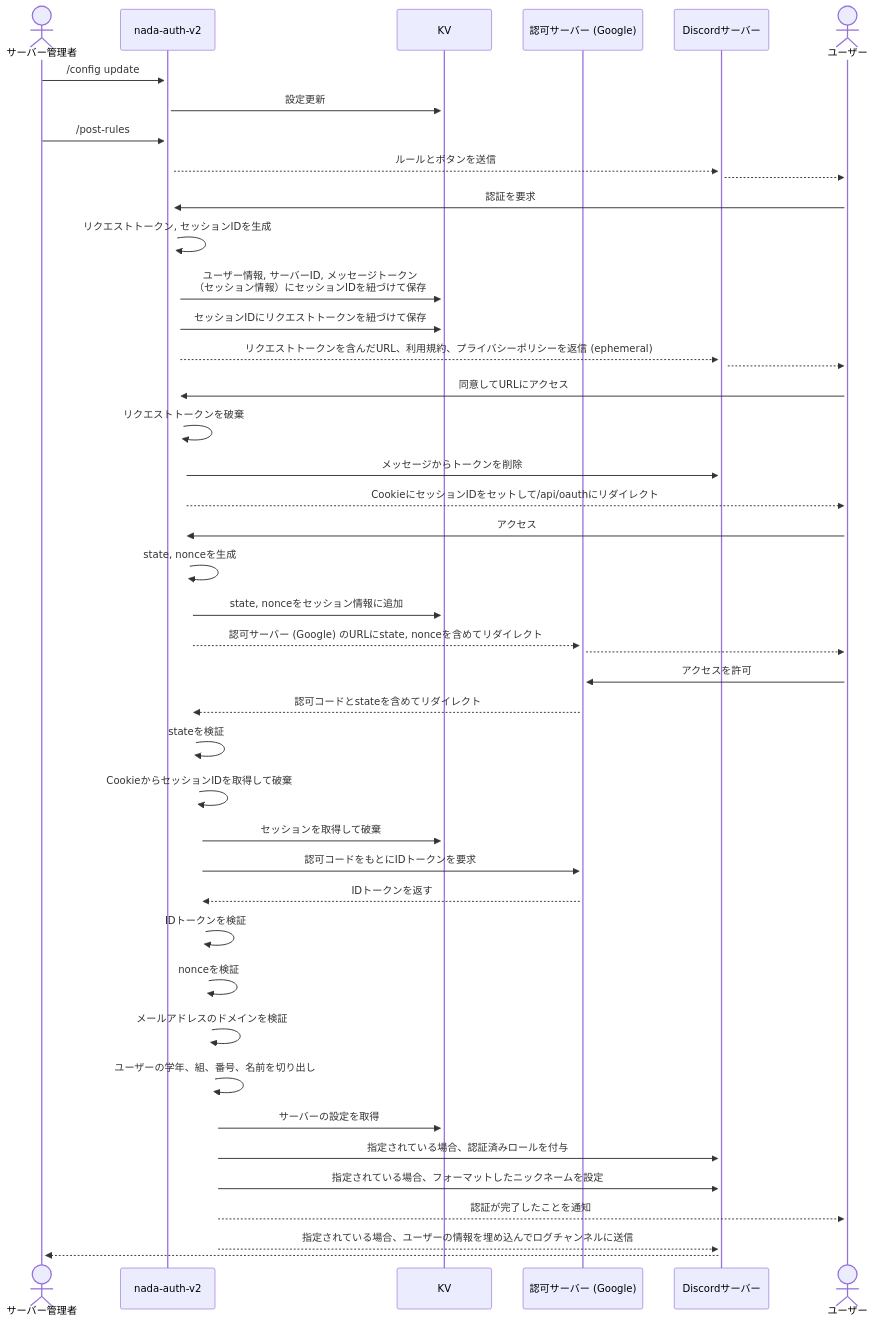
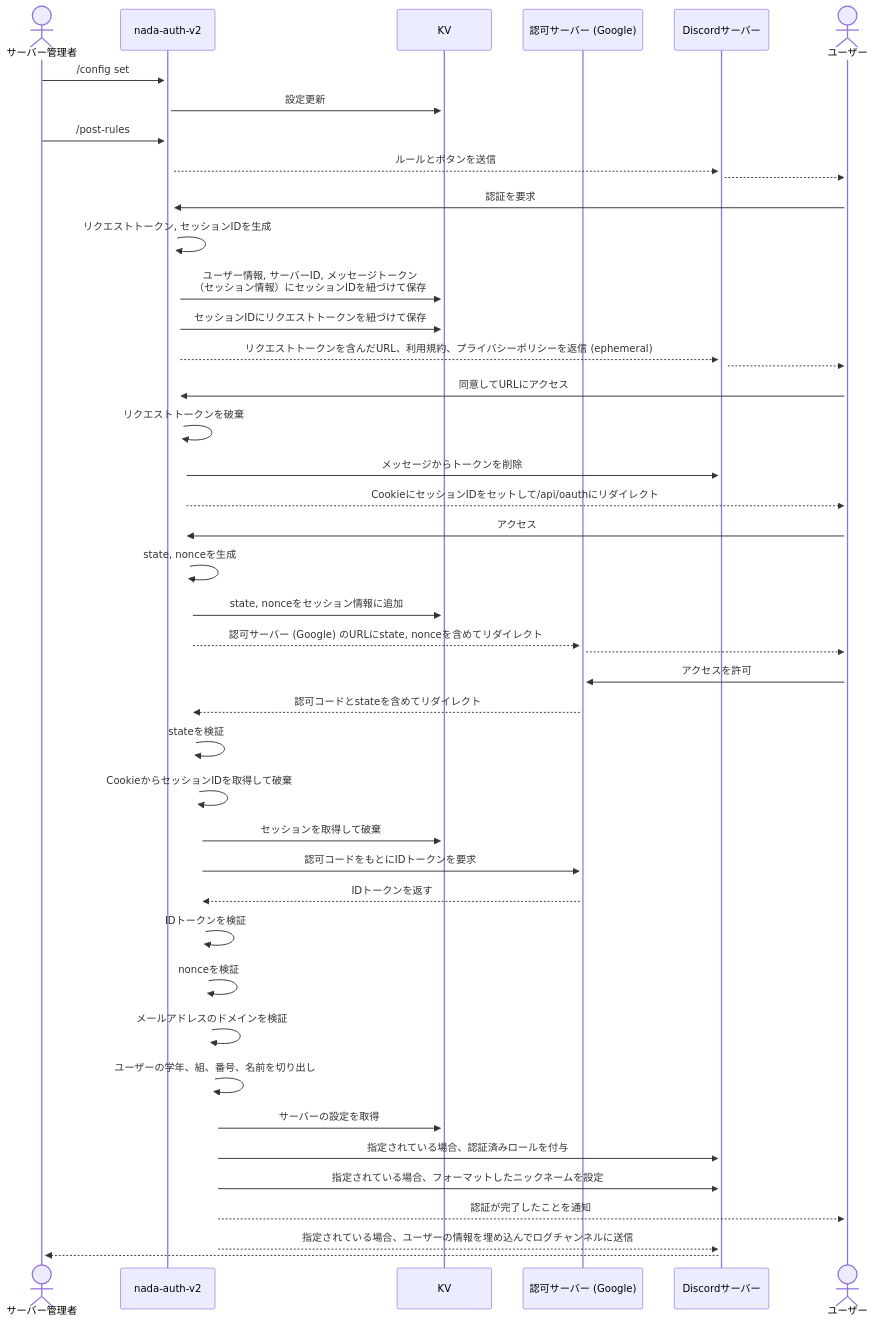
One commit to NadaDigitalCommittee/nada-auth-v2 changed the diagram in README.md. Above: the diagram before and after it, drawn with Mermaid.

Commit message:
Fix incorrect sequence diagram in README.md

````diff
--- a/README.md
+++ b/README.md
@@ -8,47 +8,47 @@
 ```mermaid
 sequenceDiagram
     actor admin as サーバー管理者
     participant app as nada-auth-v2
     participant KV
     participant google as 認可サーバー (Google)
     participant discord as Discordサーバー
     actor user as ユーザー
 
-    admin->>+app: /config update
+    admin->>+app: /config set
     app->>+KV: 設定更新
     admin->>+app: /post-rules
     app-->>+discord: ルールとボタンを送信
     discord-->>+user: ;
     user->>+app: 認証を要求
     app->>+app: リクエストトークン, セッションIDを生成
     app->>+KV: ユーザー情報, サーバーID, メッセージトークン<br>（セッション情報）にセッションIDを紐づけて保存
     app->>+KV: セッションIDにリクエストトークンを紐づけて保存
     app-->>+discord: リクエストトークンを含んだURL、利用規約、プライバシーポリシーを返信 (ephemeral)
     discord-->>+user: ;
     user->>+app: 同意してURLにアクセス
     app->>+app: リクエストトークンを破棄
     app->>+discord: メッセージからトークンを削除
     app-->>+user: CookieにセッションIDをセットして/api/oauthにリダイレクト
     user->>+app: アクセス;
     app->>+app: state, nonceを生成
     app->>+KV: state, nonceをセッション情報に追加
     app-->>+google: 認可サーバー (Google) のURLにstate, nonceを含めてリダイレクト
     google-->>+user: ;
     user->>+google: アクセスを許可
     google-->>+app: 認可コードとstateを含めてリダイレクト
     app->>+app: stateを検証
     app->>+app: CookieからセッションIDを取得して破棄
     app->>+KV: セッションを取得して破棄
     app->>+google: 認可コードをもとにIDトークンを要求
     google-->>+app: IDトークンを返す
     app->>+app: IDトークンを検証
     app->>+app: nonceを検証
     app->>+app: メールアドレスのドメインを検証
     app->>+app: ユーザーの学年、組、番号、名前を切り出し
     app->>+KV: サーバーの設定を取得
     app->>+discord: 指定されている場合、認証済みロールを付与
     app->>+discord: 指定されている場合、フォーマットしたニックネームを設定
     app-->>+user: 認証が完了したことを通知
     app-->>+discord: 指定されている場合、ユーザーの情報を埋め込んでログチャンネルに送信
     discord-->>+admin: ;
 ```
````
